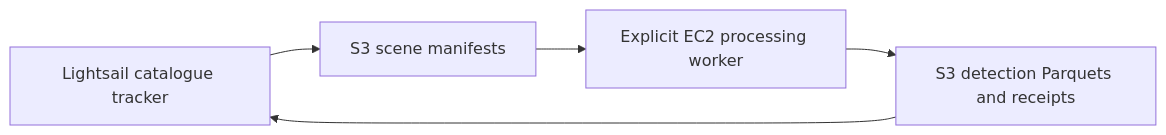
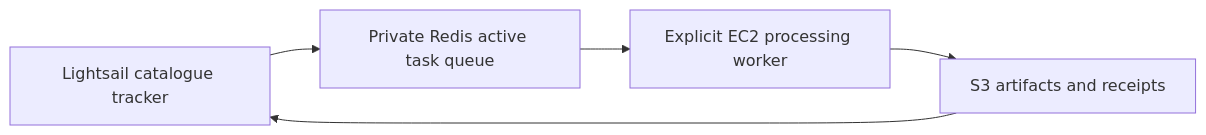
Before and after one commit to doryunger/maritime-sts-monitor: the diagram in deploy/catalogue/README.md, drawn with Mermaid. The commit also changed other lines of this file and 22 other files, not shown here.

````diff
--- a/deploy/catalogue/README.md
+++ b/deploy/catalogue/README.md
@@ -6,7 +6,7 @@
 ```mermaid
 flowchart LR
-    L[Lightsail catalogue tracker] --> J[S3 scene manifests]
-    J --> E[Explicit EC2 processing worker]
-    E --> R[S3 detection Parquets and receipts]
-    R --> L
+    L[Lightsail catalogue tracker] --> Q[Private Redis active task queue]
+    Q --> E[Explicit EC2 processing worker]
+    E --> S[S3 artifacts and receipts]
+    S --> L
 ```
````
